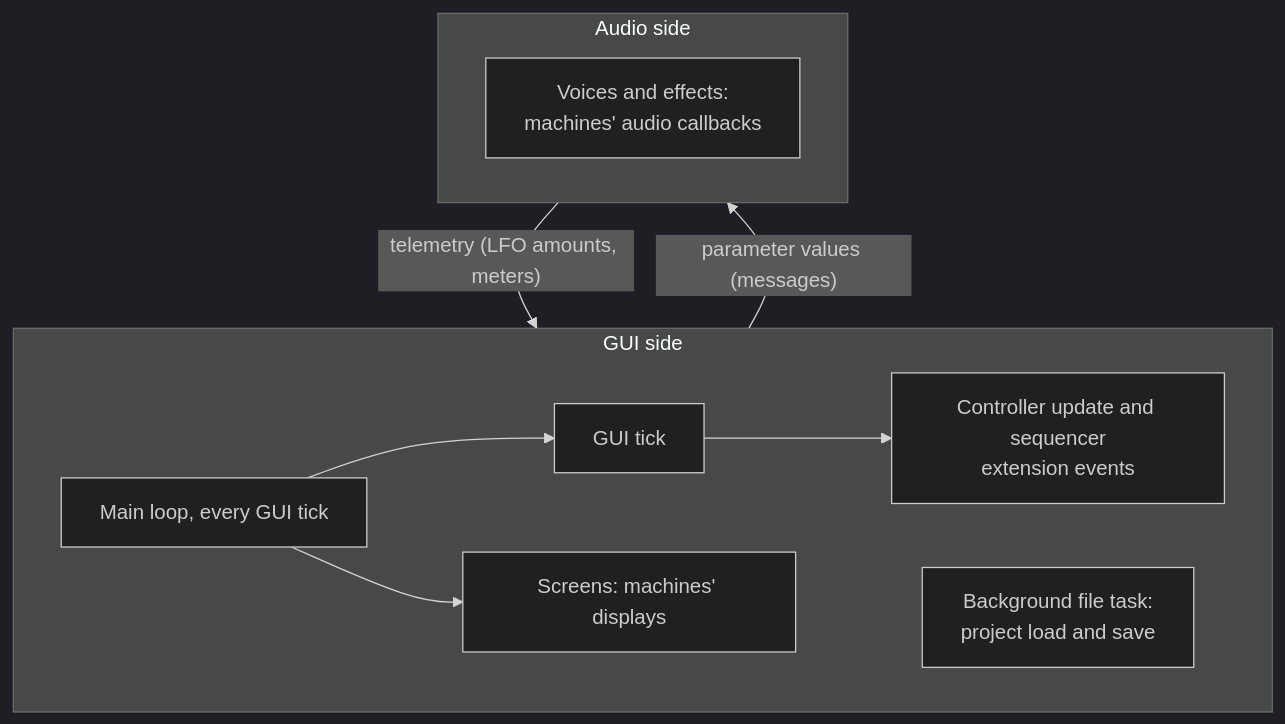
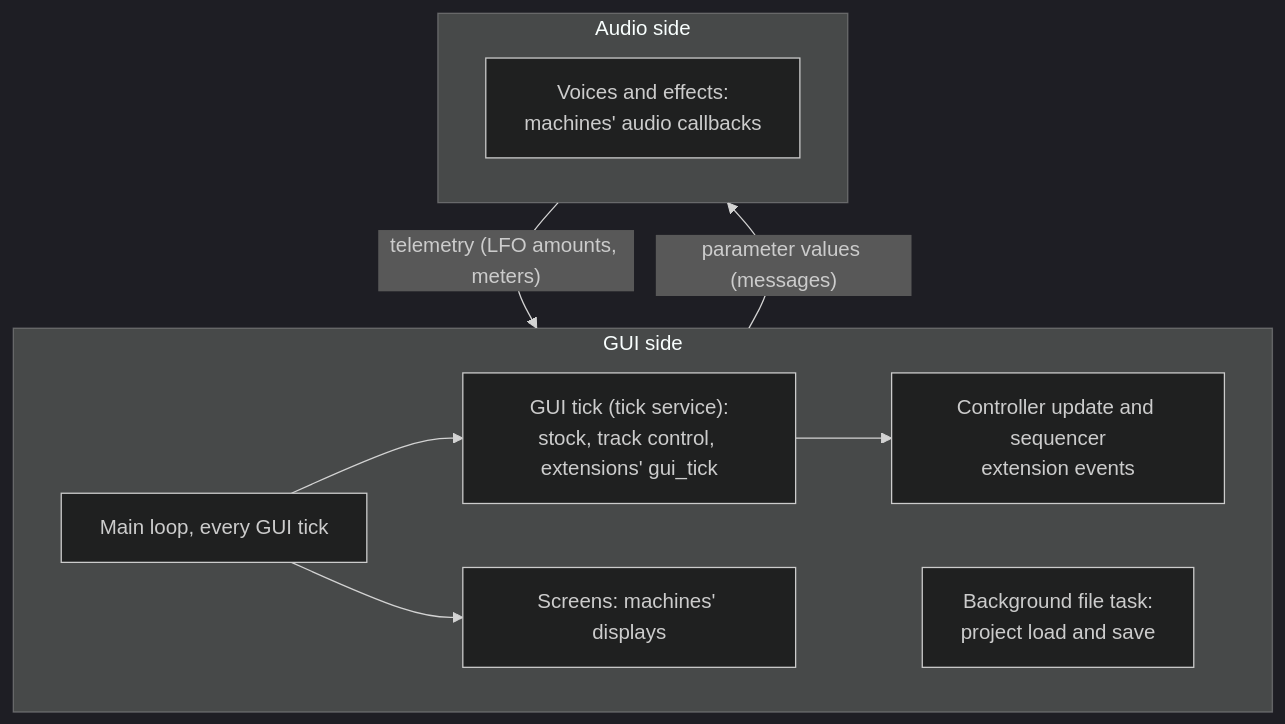
One commit to blen2r/open-xy changed the fourth of 5 diagrams in docs/architecture.md. Above: the diagram before and after it, drawn with Mermaid (dark theme). The commit also changed other lines of this file and 22 other files, not shown here.

First line of the commit message:
A shared GUI tick: the tick service, for track control and extensions

````diff
--- a/docs/architecture.md
+++ b/docs/architecture.md
@@ -136,17 +149,17 @@
 ```mermaid
 flowchart TB
     subgraph gui["GUI side"]
         loop["Main loop, every GUI tick"]
-        tick["GUI tick"]
+        tick["GUI tick (tick service):<br/>stock, track control, extensions' gui_tick"]
         ctrl["Controller update and sequencer<br/>extension events"]
         screens["Screens: machines' displays"]
         file["Background file task:<br/>project load and save"]
         loop --> tick --> ctrl
         loop --> screens
     end
     subgraph audio["Audio side"]
         voices["Voices and effects:<br/>machines' audio callbacks"]
     end
     gui -- "parameter values (messages)" --> audio
     audio -- "telemetry (LFO amounts, meters)" --> gui
 ```
````
